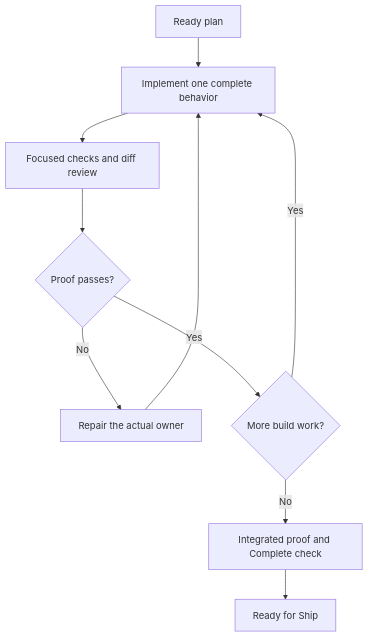
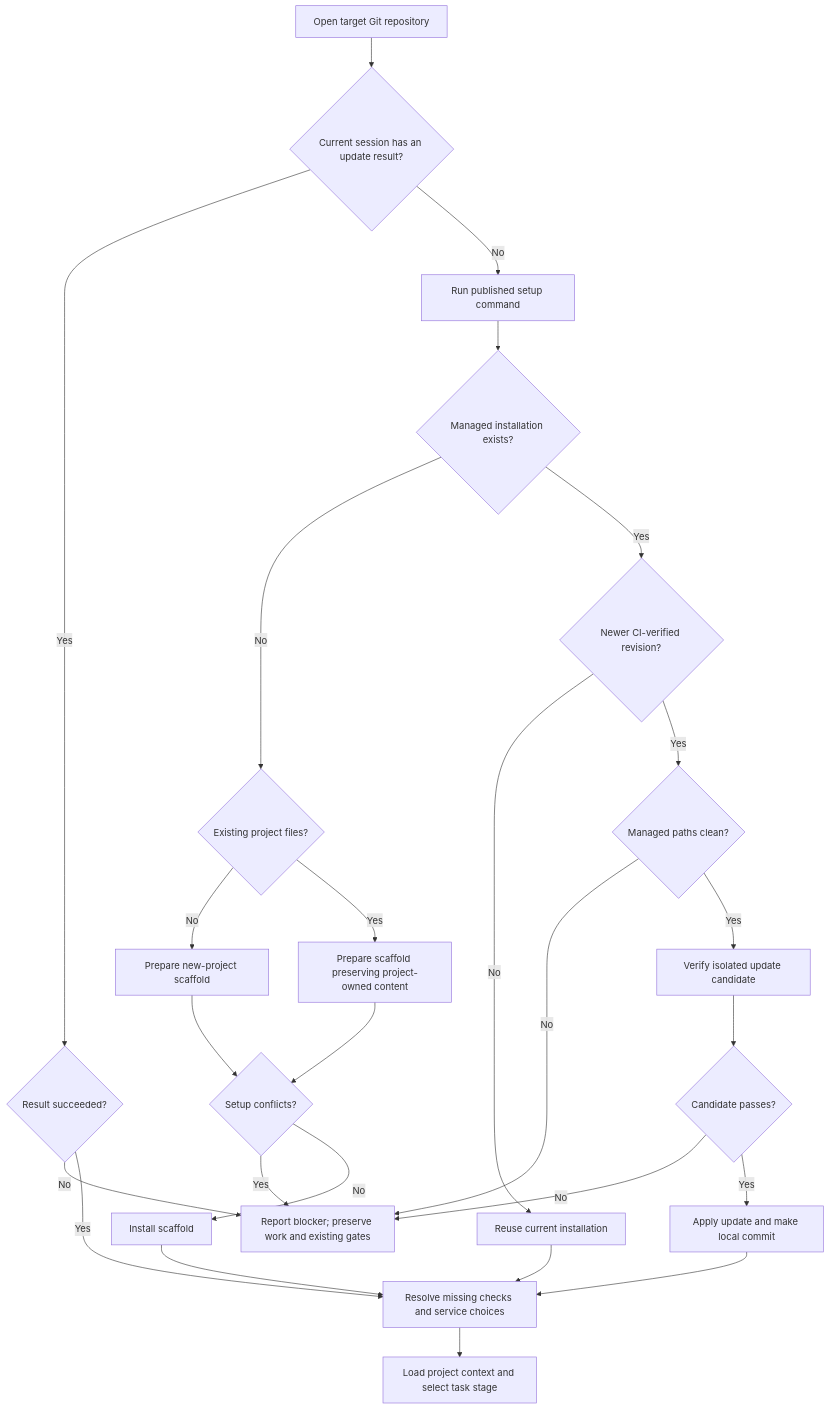
The first of 7 diagrams in README.md (sgaabdu4/hard-eng), drawn with Mermaid before and after one commit. The commit also changed other lines of this file and 1 other file, not shown here.

Commit message:
Explain the complete workflow with sequential Mermaid diagrams

````diff
--- a/README.md
+++ b/README.md
@@ -62,12 +29,28 @@
 ```mermaid
 flowchart TD
-  A[Ready plan] --> B[Implement one complete behavior]
-  B --> C[Focused checks and diff review]
-  C --> D{Proof passes?}
-  D -->|No| E[Repair the actual owner]
-  E --> B
-  D -->|Yes| F{More build work?}
-  F -->|Yes| B
-  F -->|No| G[Integrated proof and Complete check]
-  G --> H[Ready for Ship]
+  A[Open target Git repository] --> B{Current session has an update result?}
+  B -->|Yes| R{Result succeeded?}
+  B -->|No| C[Run published setup command]
+  C --> D{Managed installation exists?}
+  D -->|No| E{Existing project files?}
+  E -->|No| N[Prepare new-project scaffold]
+  E -->|Yes| P[Prepare scaffold preserving project-owned content]
+  N --> F{Setup conflicts?}
+  P --> F
+  F -->|Yes| X[Report blocker; preserve work and existing gates]
+  F -->|No| I[Install scaffold]
+  D -->|Yes| V{Newer CI-verified revision?}
+  V -->|No| H[Reuse current installation]
+  V -->|Yes| M{Managed paths clean?}
+  M -->|No| X
+  M -->|Yes| T[Verify isolated update candidate]
+  T --> Q{Candidate passes?}
+  Q -->|No| X
+  Q -->|Yes| U[Apply update and make local commit]
+  R -->|No| X
+  R -->|Yes| Z[Resolve missing checks and service choices]
+  I --> Z
+  H --> Z
+  U --> Z
+  Z --> W[Load project context and select task stage]
 ```
````
